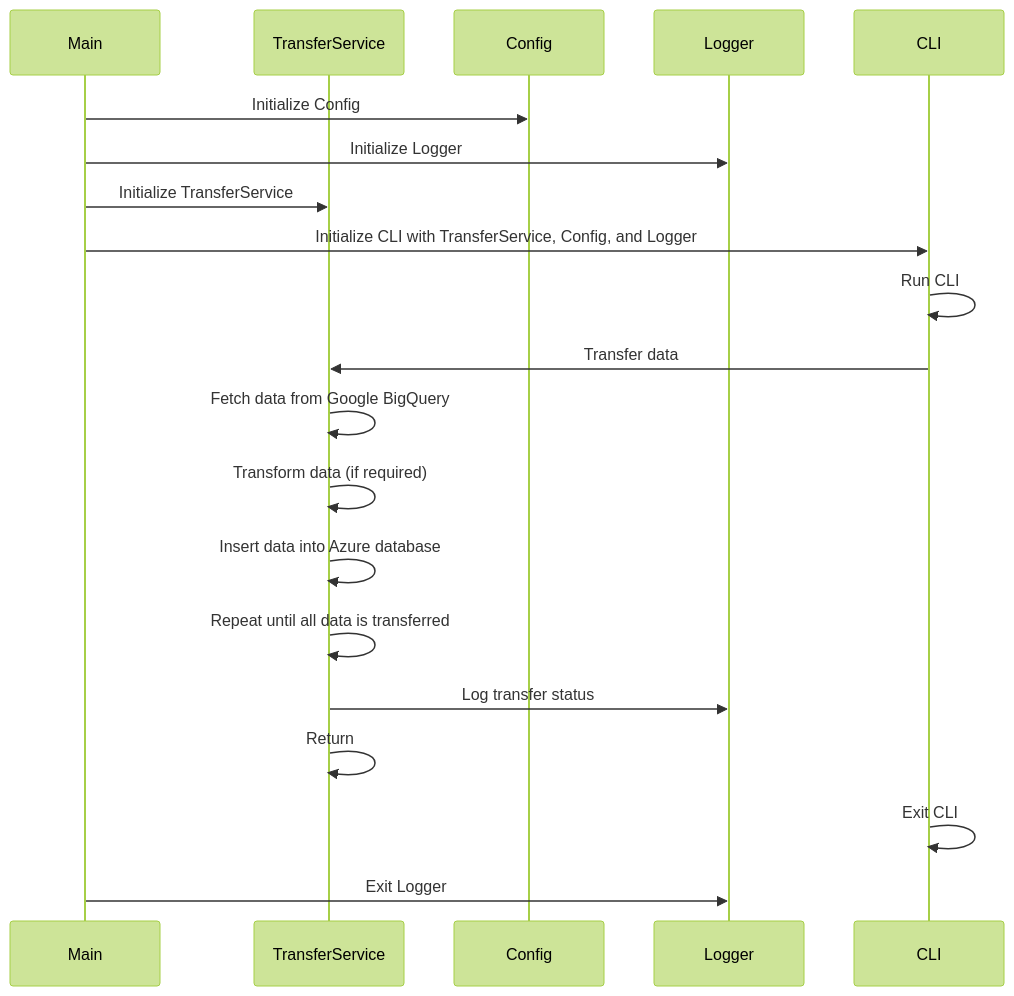
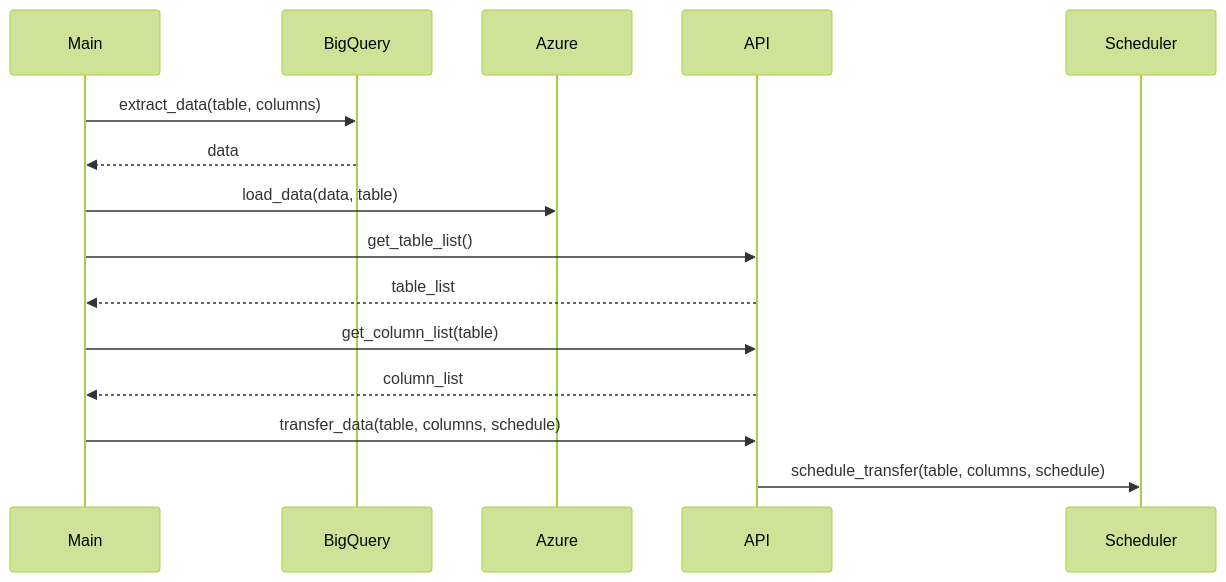
Before and after one commit to Gourav24-11/BigQuery2Azure: the second of 2 diagrams in docs/system_design.md, drawn with Mermaid (forest theme). The commit also changed other lines of this file and 2 other files, not shown here.

````diff
--- a/docs/system_design.md
+++ b/docs/system_design.md
@@ -55,23 +45,18 @@
 ```mermaid
 sequenceDiagram
     participant M as Main
-    participant TS as TransferService
-    participant C as Config
-    participant L as Logger
-    participant CL as CLI
+    participant BQ as BigQuery
+    participant AZ as Azure
+    participant AP as API
+    participant SC as Scheduler
 
-    M->>C: Initialize Config
-    M->>L: Initialize Logger
-    M->>TS: Initialize TransferService
-    M->>CL: Initialize CLI with TransferService, Config, and Logger
-    CL->>CL: Run CLI
-    CL->>TS: Transfer data
-    TS->>TS: Fetch data from Google BigQuery
-    TS->>TS: Transform data (if required)
-    TS->>TS: Insert data into Azure database
-    TS->>TS: Repeat until all data is transferred
-    TS->>L: Log transfer status
-    TS->>TS: Return
-    CL->>CL: Exit CLI
-    M->>L: Exit Logger
+    M->>BQ: extract_data(table, columns)
+    BQ-->>M: data
+    M->>AZ: load_data(data, table)
+    M->>AP: get_table_list()
+    AP-->>M: table_list
+    M->>AP: get_column_list(table)
+    AP-->>M: column_list
+    M->>AP: transfer_data(table, columns, schedule)
+    AP->>SC: schedule_transfer(table, columns, schedule)
 ```
````
